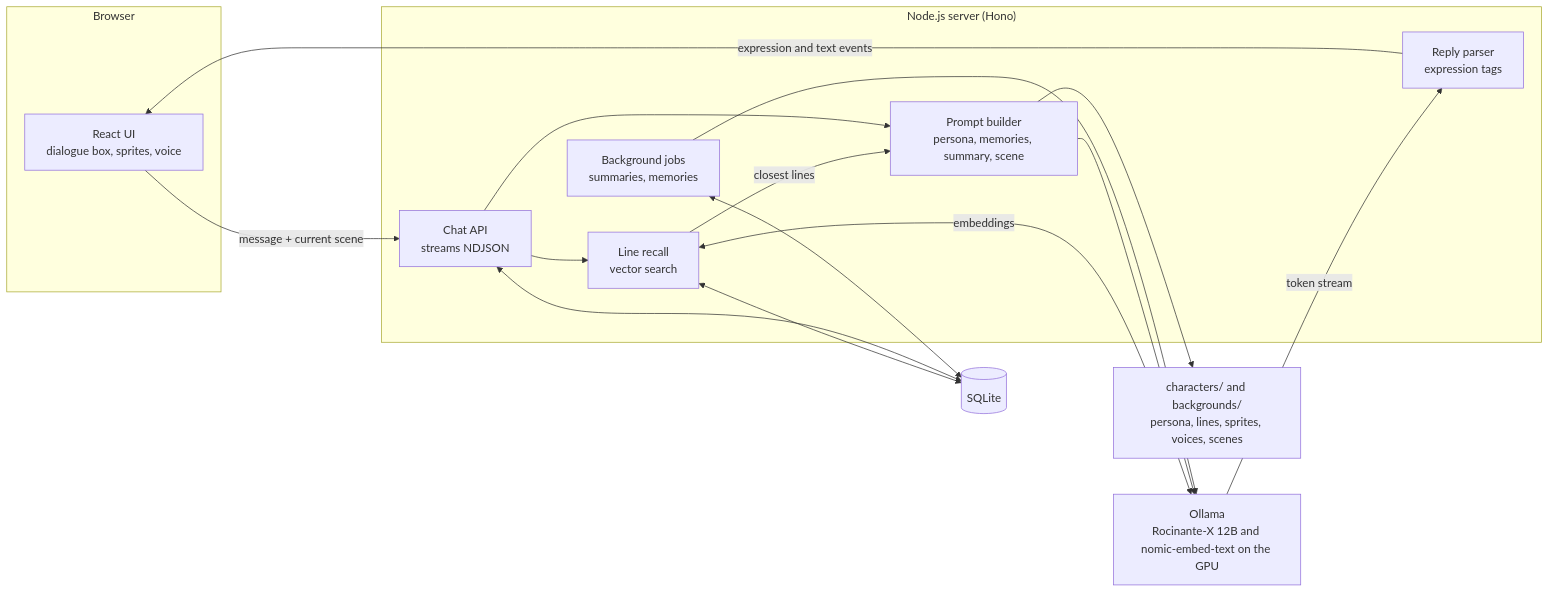
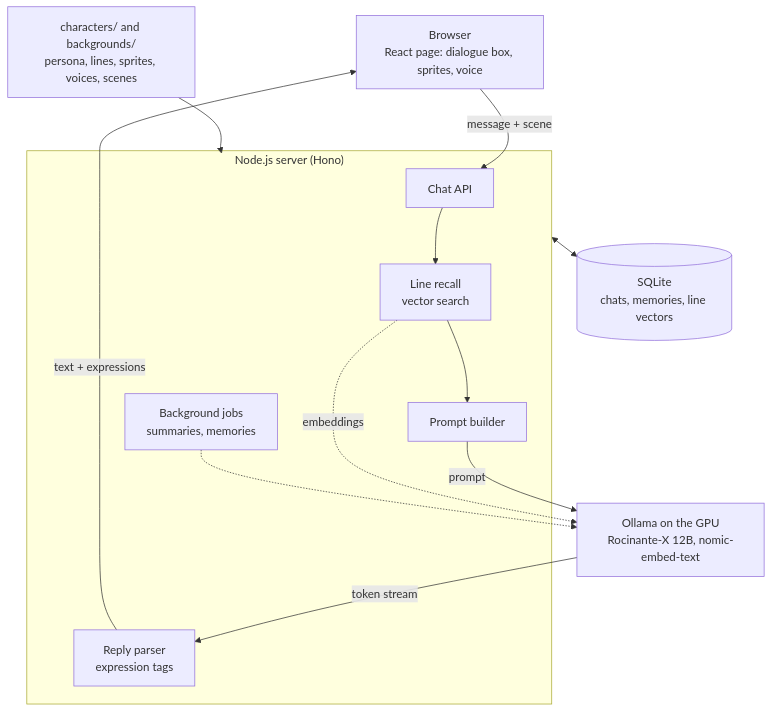
The diagram in README.md (OreoJuice/chatAK12), drawn with Mermaid before and after one commit.

Commit message:
Simplify the architecture diagram

````diff
--- a/README.md
+++ b/README.md
@@ -35,27 +35,23 @@
 ```mermaid
-flowchart LR
-  subgraph Browser
-    UI["React UI<br/>dialogue box, sprites, voice"]
-  end
+flowchart TB
+  UI["Browser<br/>React page: dialogue box, sprites, voice"]
+
   subgraph Server["Node.js server (Hono)"]
-    API["Chat API<br/>streams NDJSON"]
-    Prompt["Prompt builder<br/>persona, memories, summary, scene"]
-    Recall["Line recall<br/>vector search"]
+    API["Chat API"] --> Recall["Line recall<br/>vector search"] --> Prompt["Prompt builder"]
     Parser["Reply parser<br/>expression tags"]
     Jobs["Background jobs<br/>summaries, memories"]
   end
-  DB[("SQLite")]
+
+  Ollama["Ollama on the GPU<br/>Rocinante-X 12B, nomic-embed-text"]
+  DB[("SQLite<br/>chats, memories, line vectors")]
   Files["characters/ and backgrounds/<br/>persona, lines, sprites, voices, scenes"]
-  Ollama["Ollama<br/>Rocinante-X 12B and nomic-embed-text on the GPU"]
 
-  UI -- "message + current scene" --> API
-  API --> Recall -- "closest lines" --> Prompt
-  Recall <-- "embeddings" --> Ollama
-  Recall <--> DB
-  API --> Prompt --> Ollama
-  Ollama -- "token stream" --> Parser -- "expression and text events" --> UI
-  API <--> DB
-  Jobs <--> DB
-  Jobs --> Ollama
-  Prompt --> Files
+  UI -- "message + scene" --> API
+  Prompt -- "prompt" --> Ollama
+  Ollama -- "token stream" --> Parser
+  Parser -- "text + expressions" --> UI
+  Server <--> DB
+  Files --> Server
+  Recall -. "embeddings" .-> Ollama
+  Jobs -.-> Ollama
 ```
````
